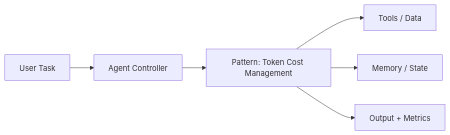
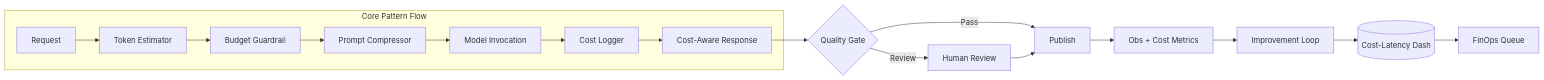
One commit to vivekreeves/agentic-design-patterns-lab changed the diagram in notebooks/level_06_agent_operations_and_finops/29_token_cost_management_architecture.md. Above: the diagram before and after it, drawn with Mermaid. The commit also changed 71 other files, not shown here.

````diff
--- a/notebooks/level_06_agent_operations_and_finops/29_token_cost_management_architecture.md
+++ b/notebooks/level_06_agent_operations_and_finops/29_token_cost_management_architecture.md
@@ -5,8 +5,19 @@
 ```mermaid
 flowchart LR
-  Q[User Task] --> A[Agent Controller]
-  A --> P[Pattern: Token Cost Management]
-  P --> T[Tools / Data]
-  P --> M[Memory / State]
-  P --> O[Output + Metrics]
+  subgraph CoreFlow[Core Pattern Flow]
+    REQ[Request] --> TOK[Token Estimator]
+    TOK --> BG[Budget Guardrail]
+    BG --> CMP[Prompt Compressor]
+    CMP --> MOD[Model Invocation]
+    MOD --> CST[Cost Logger]
+    CST --> O[Cost-Aware Response]
+  end
+  O --> QG{Quality Gate}
+  QG -->|Pass| PUB[Publish]
+  QG -->|Review| HREV[Human Review]
+  HREV --> PUB
+  PUB --> OBS[Obs + Cost Metrics]
+  OBS --> LOOP[Improvement Loop]
+  LOOP --> CDB[(Cost-Latency Dash)]
+  CDB --> ACT[FinOps Queue]
 ```
````
